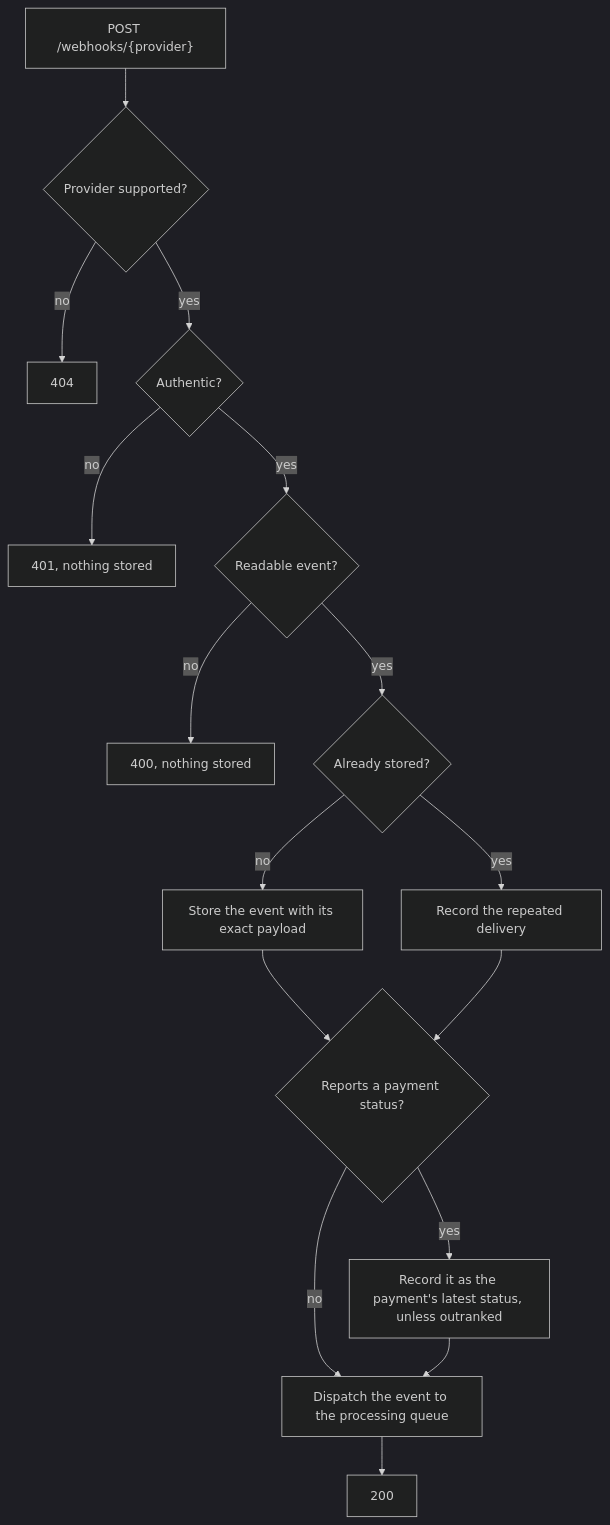
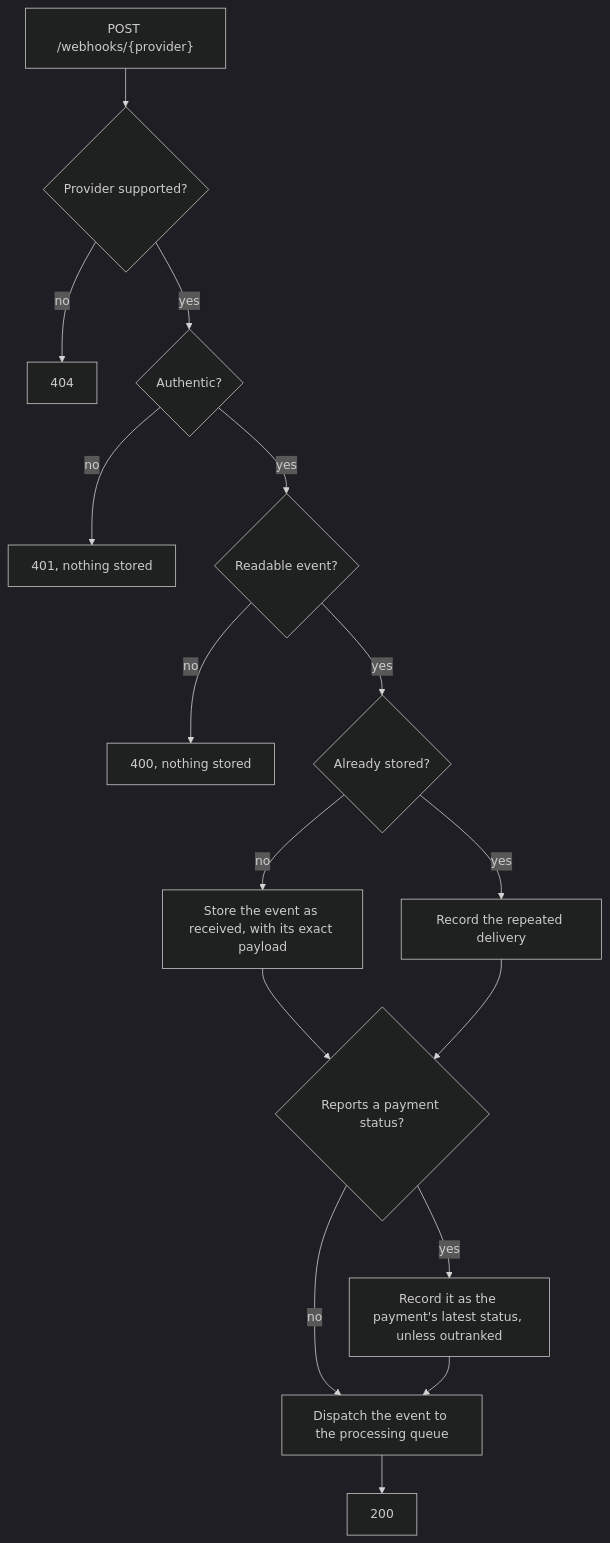
Before and after one commit to gabrielroriz/aws-resilient-payment-flow: the first of 2 diagrams in docs/architecture/webhook-receipt.md, drawn with Mermaid (dark theme). The commit also changed 6 other files, not shown here.

First line of the commit message:
feat: store each received webhook event with a processing status

````diff
--- a/docs/architecture/webhook-receipt.md
+++ b/docs/architecture/webhook-receipt.md
@@ -7,18 +7,18 @@
 ```mermaid
 flowchart TD
     Request["POST /webhooks/{provider}"] --> Find{"Provider supported?"}
     Find -->|no| NotFound["404"]
     Find -->|yes| Auth{"Authentic?"}
     Auth -->|no| Unauthorized["401, nothing stored"]
     Auth -->|yes| Parse{"Readable event?"}
     Parse -->|no| Malformed["400, nothing stored"]
     Parse -->|yes| Stored{"Already stored?"}
-    Stored -->|no| Create["Store the event with its exact payload"]
+    Stored -->|no| Create["Store the event as received, with its exact payload"]
     Stored -->|yes| Duplicate["Record the repeated delivery"]
     Create --> Status{"Reports a payment status?"}
     Duplicate --> Status
     Status -->|yes| Rank["Record it as the payment's latest status, unless outranked"]
     Status -->|no| Dispatch["Dispatch the event to the processing queue"]
     Rank --> Dispatch
     Dispatch --> Ack["200"]
 ```
````
